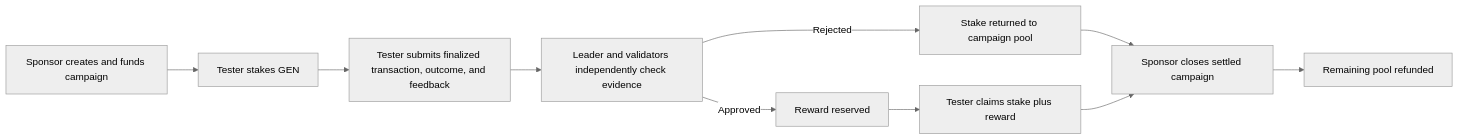
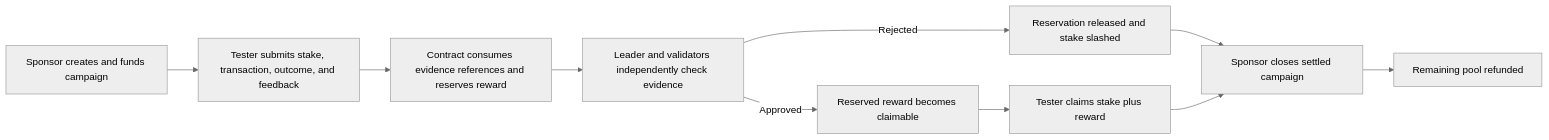
Before and after one commit to tanphung/VerdictProof: the diagram in README.md, drawn with Mermaid (neutral theme). The commit also changed other lines of this file and 11 other files, not shown here.

````diff
--- a/README.md
+++ b/README.md
@@ -51,12 +53,12 @@
 ```mermaid
 flowchart LR
-  A[Sponsor creates and funds campaign] --> B[Tester stakes GEN]
-  B --> C[Tester submits finalized transaction, outcome, and feedback]
+  A[Sponsor creates and funds campaign] --> B[Tester submits stake, transaction, outcome, and feedback]
+  B --> C[Contract consumes evidence references and reserves reward]
   C --> D[Leader and validators independently check evidence]
-  D -->|Approved| E[Reward reserved]
-  D -->|Rejected| F[Stake returned to campaign pool]
+  D -->|Approved| E[Reserved reward becomes claimable]
+  D -->|Rejected| F[Reservation released and stake slashed]
   E --> G[Tester claims stake plus reward]
   F --> H[Sponsor closes settled campaign]
   G --> H
   H --> I[Remaining pool refunded]
 ```
````
